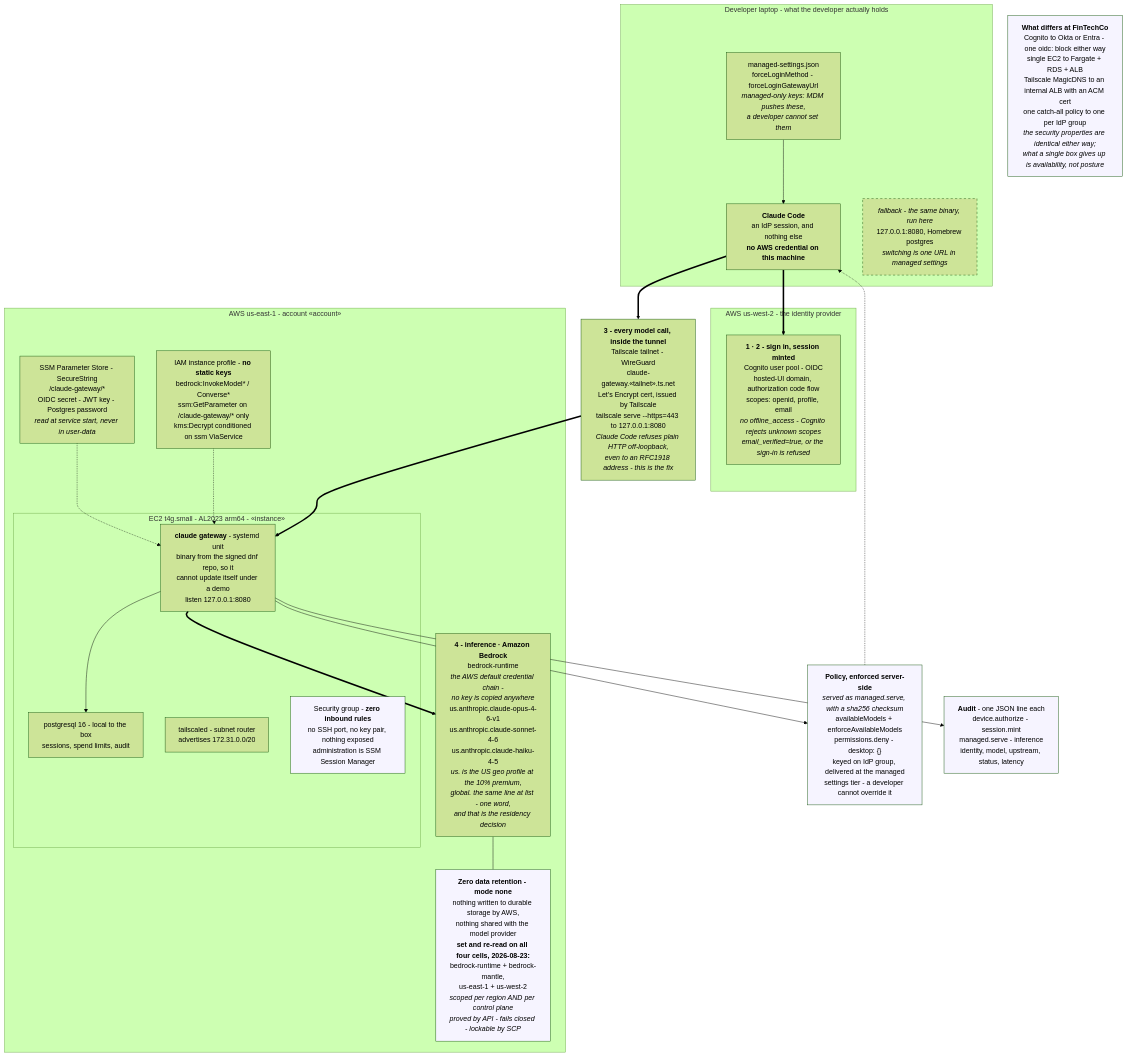
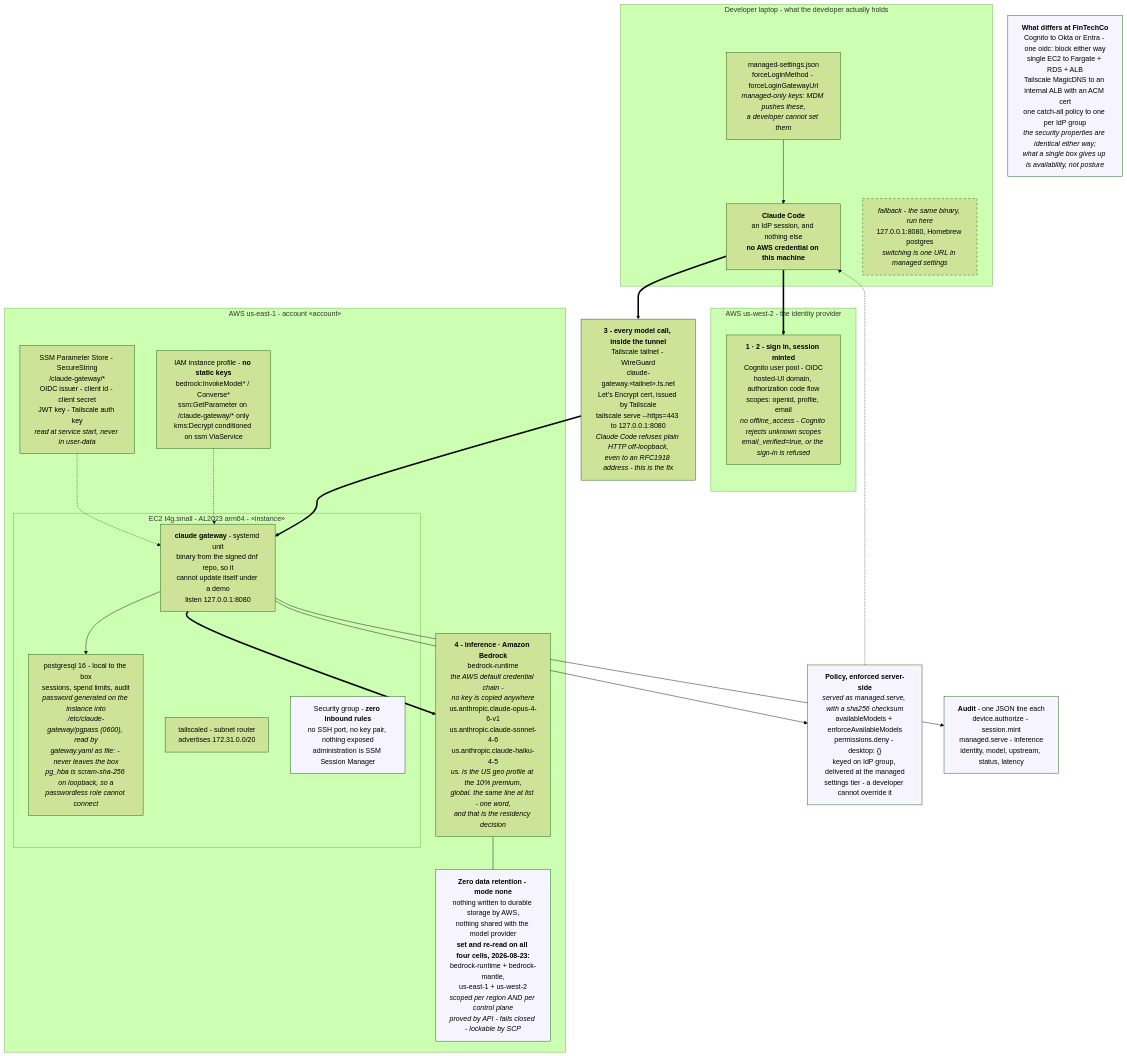
The diagram in src/gateway-redacted.mmd (congmingwudi/ft-architecture), drawn with Mermaid (forest theme) before and after one commit. The commit also changed 2 other files, not shown here.

Commit message:
Rebuild architecture page — 2026-08-24

```diff
--- a/src/gateway-redacted.mmd
+++ b/src/gateway-redacted.mmd
@@ -1,52 +1,52 @@
 flowchart TB
   %% diagram: gateway
   subgraph LAPTOP["Developer laptop - what the developer actually holds"]
     CC["<b>Claude Code</b><br/>an IdP session, and nothing else<br/><b>no AWS credential on this machine</b>"]
     MS["managed-settings.json<br/>forceLoginMethod - forceLoginGatewayUrl<br/><i>managed-only keys: MDM pushes these,<br/>a developer cannot set them</i>"]
     LOCALGW["<i>fallback - the same binary, run here</i><br/>127.0.0.1:8080, Homebrew postgres<br/><i>switching is one URL in managed settings</i>"]
     MS --> CC
   end
 
   subgraph AWSW["AWS us-west-2 - the identity provider"]
     COG["<b>1 · 2 - sign in, session minted</b><br/>Cognito user pool - OIDC<br/>hosted-UI domain, authorization code flow<br/>scopes: openid, profile, email<br/><i>no offline_access - Cognito rejects unknown scopes</i><br/><i>email_verified=true, or the sign-in is refused</i>"]
   end
 
   TSNET["<b>3 - every model call, inside the tunnel</b><br/>Tailscale tailnet - WireGuard<br/>claude-gateway.«tailnet».ts.net<br/>Let's Encrypt cert, issued by Tailscale<br/>tailscale serve --https=443 to 127.0.0.1:8080<br/><i>Claude Code refuses plain HTTP off-loopback,<br/>even to an RFC1918 address - this is the fix</i>"]
 
   subgraph AWSE["AWS us-east-1 - account «account»"]
     subgraph EC2["EC2 t4g.small - AL2023 arm64 - «instance»"]
       GW["<b>claude gateway</b> - systemd unit<br/>binary from the signed dnf repo, so it<br/>cannot update itself under a demo<br/>listen 127.0.0.1:8080"]
-      PG["postgresql 16 - local to the box<br/>sessions, spend limits, audit"]
+      PG["postgresql 16 - local to the box<br/>sessions, spend limits, audit<br/><i>password generated on the instance into<br/>/etc/claude-gateway/pgpass (0600), read by<br/>gateway.yaml as file: - never leaves the box</i><br/><i>pg_hba is scram-sha-256 on loopback, so a<br/>passwordless role cannot connect</i>"]
       TSD["tailscaled - subnet router<br/>advertises 172.31.0.0/20"]
       SGN["Security group - <b>zero inbound rules</b><br/>no SSH port, no key pair, nothing exposed<br/>administration is SSM Session Manager"]
       GW --> PG
     end
-    SSMP["SSM Parameter Store - SecureString<br/>/claude-gateway/*<br/>OIDC secret - JWT key - Postgres password<br/><i>read at service start, never in user-data</i>"]
+    SSMP["SSM Parameter Store - SecureString<br/>/claude-gateway/*<br/>OIDC issuer - client id - client secret<br/>JWT key - Tailscale auth key<br/><i>read at service start, never in user-data</i>"]
     IAMP["IAM instance profile - <b>no static keys</b><br/>bedrock:InvokeModel* / Converse*<br/>ssm:GetParameter on /claude-gateway/* only<br/>kms:Decrypt conditioned on ssm ViaService"]
     BR["<b>4 - inference · Amazon Bedrock</b><br/>bedrock-runtime<br/><i>the AWS default credential chain -<br/>no key is copied anywhere</i><br/>us.anthropic.claude-opus-4-6-v1<br/>us.anthropic.claude-sonnet-4-6<br/>us.anthropic.claude-haiku-4-5<br/><i>us. is the US geo profile at the 10% premium,<br/>global. the same line at list - one word,<br/>and that is the residency decision</i>"]
     ZDR["<b>Zero data retention - mode none</b><br/>nothing written to durable storage by AWS,<br/>nothing shared with the model provider<br/><b>set and re-read on all four cells, 2026-08-23:</b><br/>bedrock-runtime + bedrock-mantle,<br/>us-east-1 + us-west-2<br/><i>scoped per region AND per control plane</i><br/><i>proved by API - fails closed - lockable by SCP</i>"]
     BR --- ZDR
     SSMP -.-> GW
     IAMP -.-> GW
   end
 
   CC ==> COG
   CC ==> TSNET
   TSNET ==> GW
   GW ==> BR
 
   POL["<b>Policy, enforced server-side</b><br/><i>served as managed.serve, with a sha256 checksum</i><br/>availableModels + enforceAvailableModels<br/>permissions.deny - desktop: {}<br/>keyed on IdP group, delivered at the managed<br/>settings tier - a developer cannot override it"]
   AUD["<b>Audit</b> - one JSON line each<br/>device.authorize - session.mint<br/>managed.serve - inference<br/>identity, model, upstream, status, latency"]
   GW --> POL
   GW --> AUD
   POL -.-> CC
 
   DIFF["<b>What differs at FinTechCo</b><br/>Cognito to Okta or Entra - one oidc: block either way<br/>single EC2 to Fargate + RDS + ALB<br/>Tailscale MagicDNS to an internal ALB with an ACM cert<br/>one catch-all policy to one per IdP group<br/><i>the security properties are identical either way;<br/>what a single box gives up is availability, not posture</i>"]
 
   style POL fill:#f6f4ff
   style AUD fill:#f6f4ff
   style DIFF fill:#f6f4ff
   style SGN fill:#f6f4ff
   style ZDR fill:#f6f4ff
   classDef fallback stroke-dasharray:5;
   class LOCALGW fallback;
```
